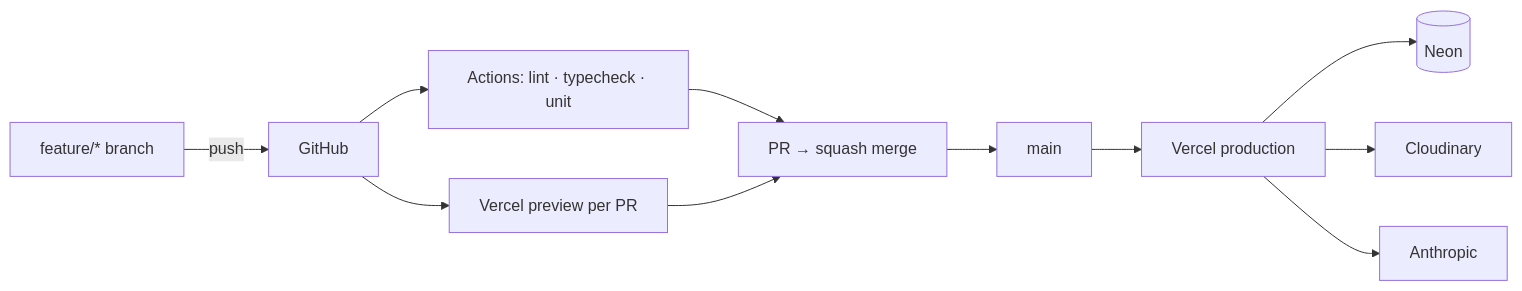
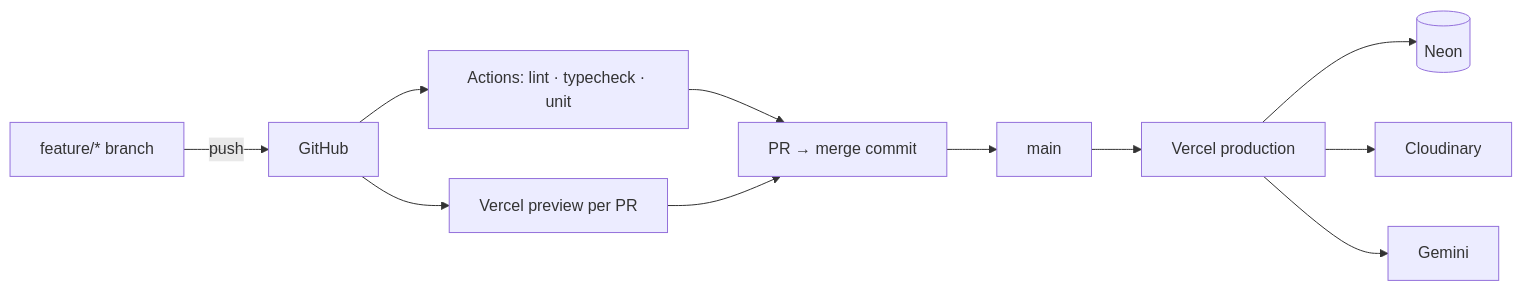
The ninth of 9 diagrams in docs/ARCHITECTURE.md (HackIndiaXYZ/pixels-to-products-cloudinary-ai-hackathon-2026-code-blooded), drawn with Mermaid before and after one commit. The commit also changed other lines of this file and 19 other files, not shown here.

First line of the commit message:
docs: align current-state docs with the Gemini AI layer and v3 schema

````diff
--- a/docs/ARCHITECTURE.md
+++ b/docs/ARCHITECTURE.md
@@ -173,11 +195,11 @@
 ```mermaid
 flowchart LR
     Dev["feature/* branch"] -->|push| GH["GitHub"]
     GH --> CI["Actions: lint · typecheck · unit"]
     GH --> Prev["Vercel preview per PR"]
-    CI & Prev --> PR["PR → squash merge"]
+    CI & Prev --> PR["PR → merge commit"]
     PR --> Main["main"] --> Prod["Vercel production"]
     Prod --> Neon[("Neon")]
     Prod --> CLD["Cloudinary"]
-    Prod --> ANT["Anthropic"]
+    Prod --> GEM["Gemini"]
 ```
````
